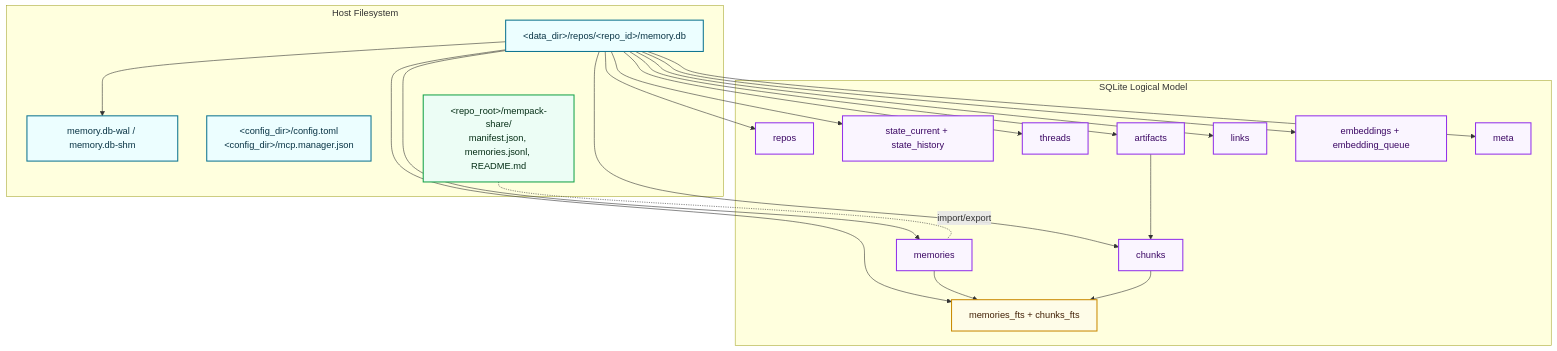
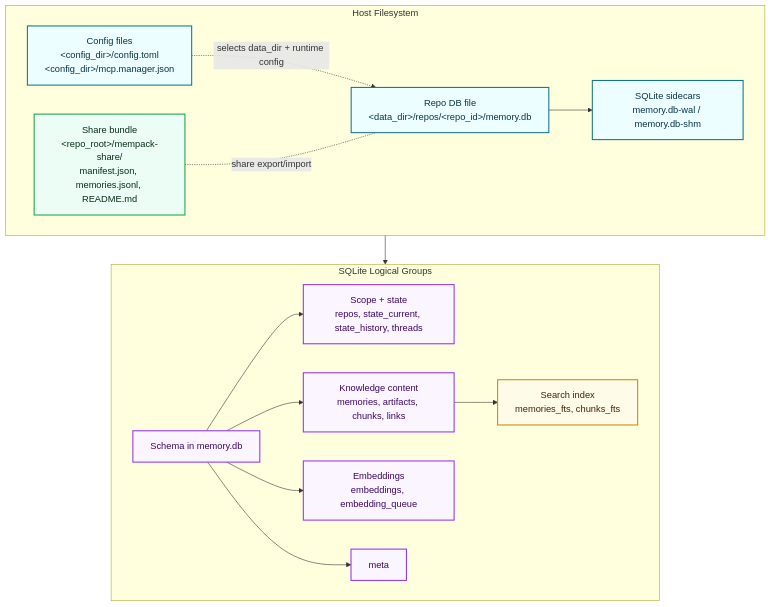
The diagram in docs/diagrams/src/l3-storage-birds-eye.mmd (suju297/mem), drawn with Mermaid before and after one commit. The commit also changed 6 other files, not shown here.

Commit message:
Refine L3 and 5a architecture diagrams

```diff
--- a/docs/diagrams/src/l3-storage-birds-eye.mmd
+++ b/docs/diagrams/src/l3-storage-birds-eye.mmd
@@ -1,41 +1,33 @@
 flowchart TB
   classDef fs fill:#ECFEFF,stroke:#0E7490,stroke-width:1.8px,color:#083344
   classDef db fill:#FAF5FF,stroke:#9333EA,stroke-width:1.8px,color:#3B0764
   classDef fts fill:#FEFCE8,stroke:#CA8A04,stroke-width:1.8px,color:#422006
   classDef xfer fill:#ECFDF5,stroke:#16A34A,stroke-width:1.8px,color:#052E16
 
   subgraph HOST["Host Filesystem"]
-    DATA["&lt;data_dir&gt;/repos/&lt;repo_id&gt;/memory.db"]:::fs
-    WAL["memory.db-wal / memory.db-shm"]:::fs
-    CFG["&lt;config_dir&gt;/config.toml<br/>&lt;config_dir&gt;/mcp.manager.json"]:::fs
-    SHARE["&lt;repo_root&gt;/mempack-share/<br/>manifest.json, memories.jsonl, README.md"]:::xfer
+    direction LR
+    CFG["Config files<br/>&lt;config_dir&gt;/config.toml<br/>&lt;config_dir&gt;/mcp.manager.json"]:::fs
+    DATA["Repo DB file<br/>&lt;data_dir&gt;/repos/&lt;repo_id&gt;/memory.db"]:::fs
+    WAL["SQLite sidecars<br/>memory.db-wal / memory.db-shm"]:::fs
+    SHARE["Share bundle<br/>&lt;repo_root&gt;/mempack-share/<br/>manifest.json, memories.jsonl, README.md"]:::xfer
   end
 
-  subgraph SQL["SQLite Logical Model"]
-    REPOS["repos"]:::db
-    STATE["state_current + state_history"]:::db
-    THREADS["threads"]:::db
-    MEM["memories"]:::db
-    ART["artifacts"]:::db
-    CHUNK["chunks"]:::db
-    LINK["links"]:::db
-    EMB["embeddings + embedding_queue"]:::db
-    FTS["memories_fts + chunks_fts"]:::fts
+  subgraph SQL["SQLite Logical Groups"]
+    direction LR
+    CORE["Schema in memory.db"]:::db
+    SCOPE["Scope + state<br/>repos, state_current, state_history, threads"]:::db
+    CONTENT["Knowledge content<br/>memories, artifacts, chunks, links"]:::db
+    EMB["Embeddings<br/>embeddings, embedding_queue"]:::db
     META["meta"]:::db
+    SEARCH["Search index<br/>memories_fts, chunks_fts"]:::fts
   end
 
-  DATA --> REPOS
-  DATA --> STATE
-  DATA --> THREADS
-  DATA --> MEM
-  DATA --> ART
-  DATA --> CHUNK
-  DATA --> LINK
-  DATA --> EMB
-  DATA --> FTS
-  DATA --> META
-  MEM --> FTS
-  CHUNK --> FTS
-  ART --> CHUNK
-  SHARE -. "import/export" .- MEM
+  CFG -. "selects data_dir + runtime config" .-> DATA
+  DATA --> CORE
+  CORE --> SCOPE
+  CORE --> CONTENT
+  CORE --> EMB
+  CORE --> META
   DATA --> WAL
+  CONTENT --> SEARCH
+  SHARE -. "share export/import" .- DATA
```
